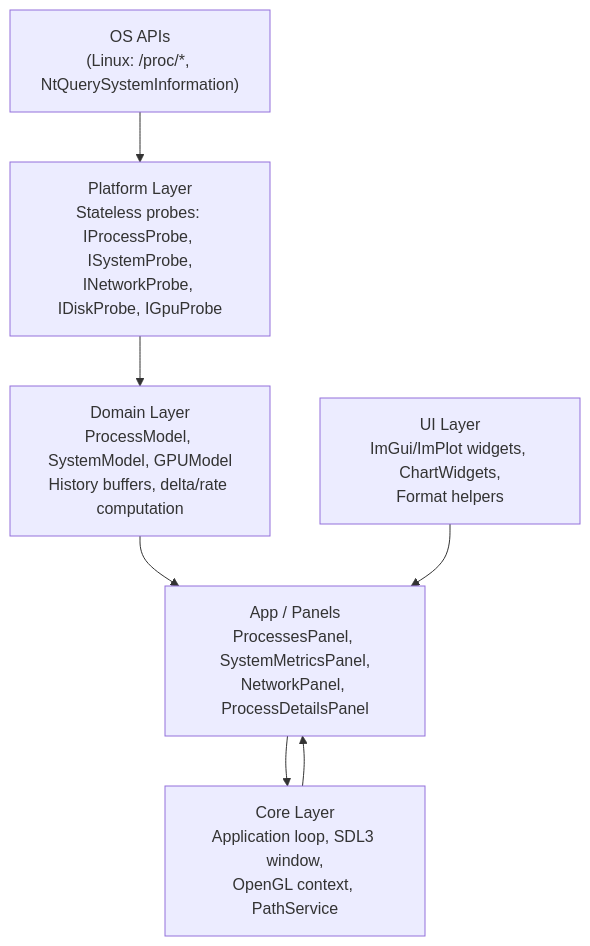
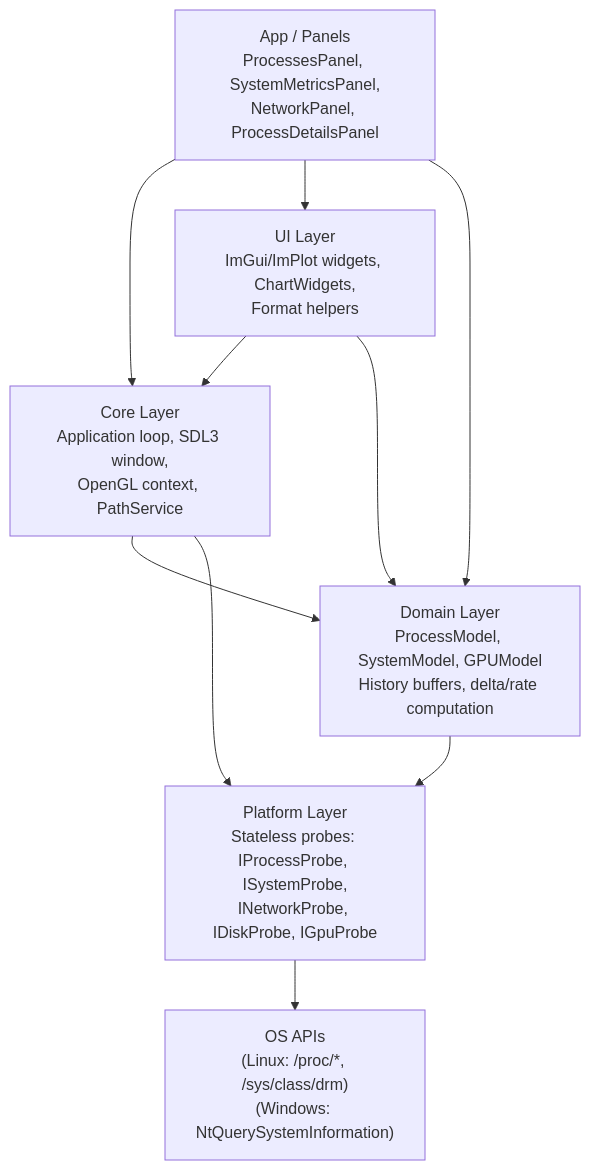
One commit to mgradwohl/tasksmack changed the diagram in docs/dev/architecture.md. Above: the diagram before and after it, drawn with Mermaid. The commit also changed other lines of this file and 4 other files, not shown here.

````diff
--- a/docs/dev/architecture.md
+++ b/docs/dev/architecture.md
@@ -9,16 +9,19 @@
 ```mermaid
 graph TD
-    OS["OS APIs<br/>(Linux: /proc/*, NtQuerySystemInformation)"]
+    OS["OS APIs<br/>(Linux: /proc/*, /sys/class/drm)<br/>(Windows: NtQuerySystemInformation)"]
     Platform["Platform Layer<br/>Stateless probes: IProcessProbe, ISystemProbe,<br/>INetworkProbe, IDiskProbe, IGpuProbe"]
     Domain["Domain Layer<br/>ProcessModel, SystemModel, GPUModel<br/>History buffers, delta/rate computation"]
     Core["Core Layer<br/>Application loop, SDL3 window,<br/>OpenGL context, PathService"]
     UI["UI Layer<br/>ImGui/ImPlot widgets, ChartWidgets,<br/>Format helpers"]
     App["App / Panels<br/>ProcessesPanel, SystemMetricsPanel,<br/>NetworkPanel, ProcessDetailsPanel"]
 
-    OS --> Platform
-    Platform --> Domain
-    Domain --> App
-    Core --> App
-    UI --> App
     App --> Core
+    App --> UI
+    App --> Domain
+    Core --> Domain
+    Core --> Platform
+    UI --> Core
+    UI --> Domain
+    Domain --> Platform
+    Platform --> OS
 ```
````
